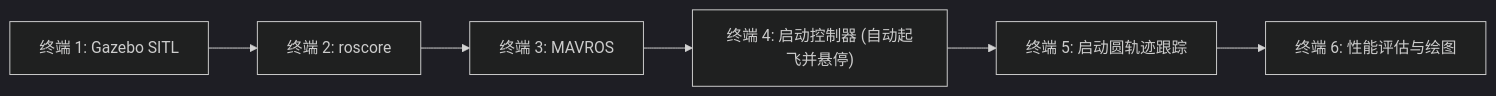
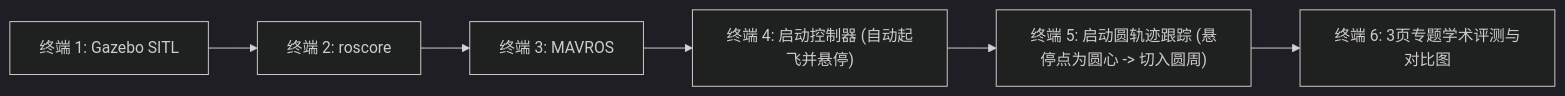
Before and after one commit to martubuntu/quadrotor_mpc: the second of 2 diagrams in README.md, drawn with Mermaid (dark theme). The commit also changed other lines of this file and 4 other files, not shown here.

````diff
--- a/README.md
+++ b/README.md
@@ -23,8 +23,8 @@
 ```mermaid
 graph LR
     T1["终端 1: Gazebo SITL"] --> T2["终端 2: roscore"]
     T2 --> T3["终端 3: MAVROS"]
     T3 --> T4["终端 4: 启动控制器 (自动起飞并悬停)"]
-    T4 --> T5["终端 5: 启动圆轨迹跟踪"]
-    T5 --> T6["终端 6: 性能评估与绘图"]
+    T4 --> T5["终端 5: 启动圆轨迹跟踪 (悬停点为圆心 -> 切入圆周)"]
+    T5 --> T6["终端 6: 3页专题学术评测与对比图"]
 ```
````
